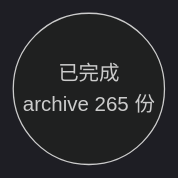
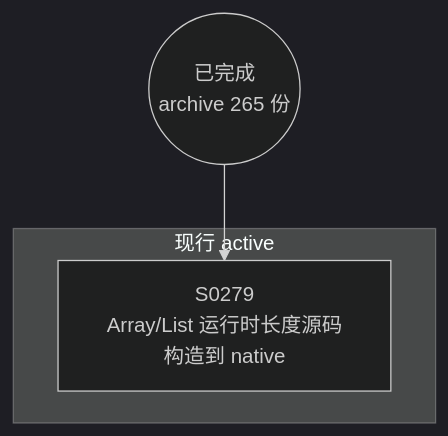
The diagram in docs/specs/dependency-graph.md (Halckon/Koven), drawn with Mermaid (dark theme) before and after one commit. The commit also changed other lines of this file and 118 other files, not shown here.

````diff
--- a/docs/specs/dependency-graph.md
+++ b/docs/specs/dependency-graph.md
@@ -9,4 +9,8 @@
 ```mermaid
 flowchart TD
 ARCH(("已完成<br/>archive 265 份"))
+subgraph Gactive["现行 active"]
+  S0279["S0279<br/>Array/List 运行时长度源码构造到 native"]
+end
+ARCH --> S0279
 ```
````
